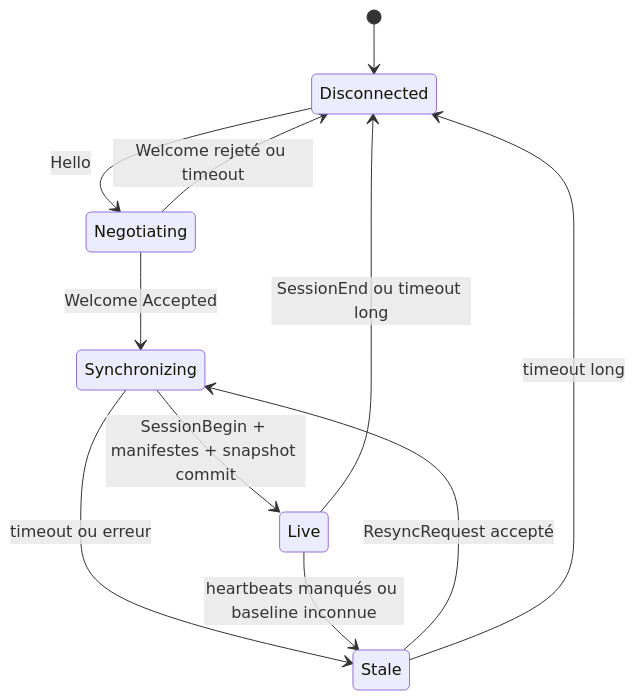
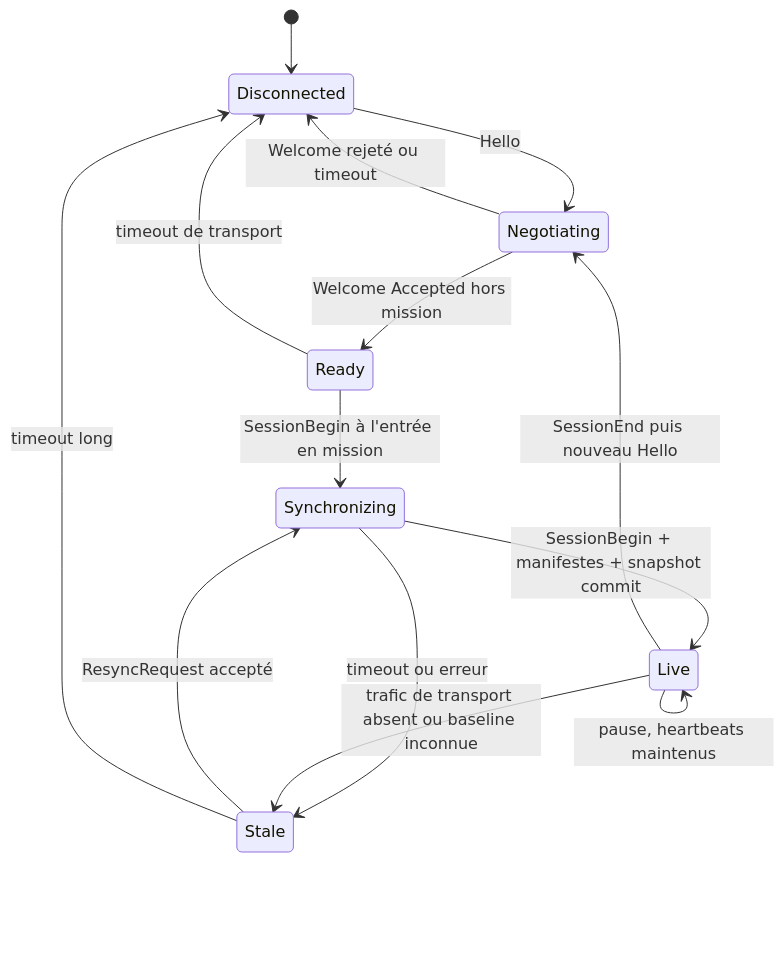
One commit to dabatnot/fso_telemetry changed the diagram in documentation/analysis/specs/0-Contrat-de-protocole/03-session-horloges-fiabilite.md. Above: the diagram before and after it, drawn with Mermaid. The commit also changed other lines of this file and 37 other files, not shown here.

```diff
--- a/documentation/analysis/specs/0-Contrat-de-protocole/03-session-horloges-fiabilite.md
+++ b/documentation/analysis/specs/0-Contrat-de-protocole/03-session-horloges-fiabilite.md
@@ -118,13 +120,16 @@
 ~~~mermaid
 stateDiagram-v2
     [*] --> Disconnected
     Disconnected --> Negotiating: Hello
-    Negotiating --> Synchronizing: Welcome Accepted
+    Negotiating --> Ready: Welcome Accepted hors mission
     Negotiating --> Disconnected: Welcome rejeté ou timeout
+    Ready --> Synchronizing: SessionBegin à l'entrée en mission
     Synchronizing --> Live: SessionBegin + manifestes + snapshot commit
     Synchronizing --> Stale: timeout ou erreur
-    Live --> Stale: heartbeats manqués ou baseline inconnue
+    Live --> Live: pause, heartbeats maintenus
+    Live --> Stale: trafic de transport absent ou baseline inconnue
     Stale --> Synchronizing: ResyncRequest accepté
-    Live --> Disconnected: SessionEnd ou timeout long
+    Live --> Negotiating: SessionEnd puis nouveau Hello
+    Ready --> Disconnected: timeout de transport
     Stale --> Disconnected: timeout long
 ~~~
```
